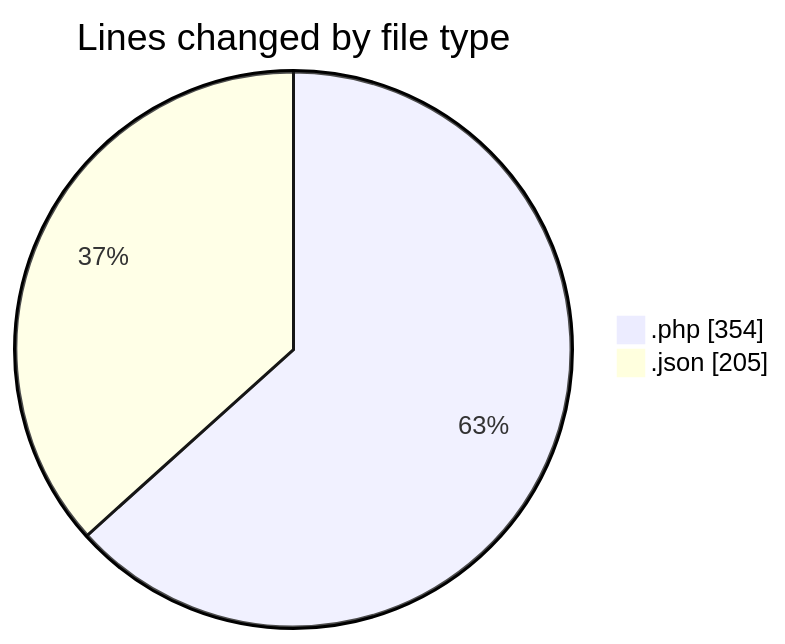
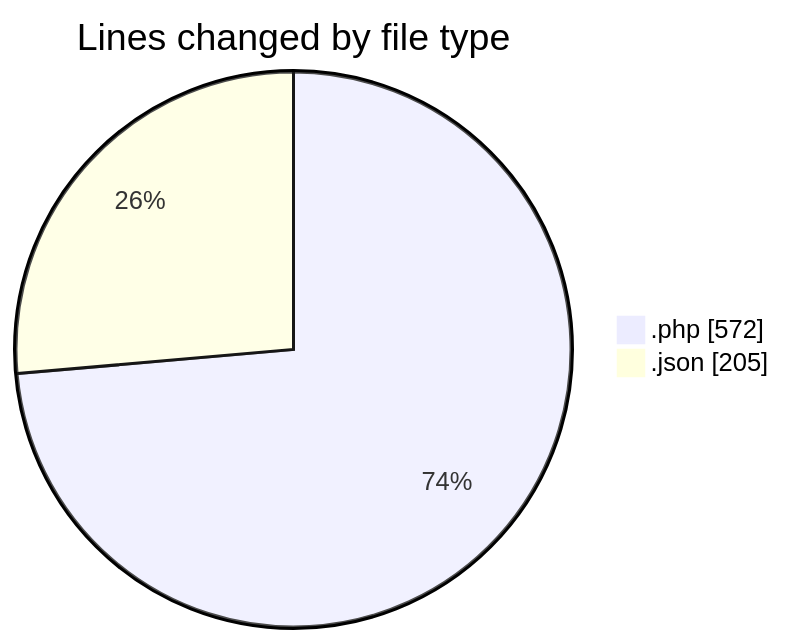
Before and after one commit to idhammustaqopulfikri/code-tracking: the first of 2 diagrams in 2025-04-13/autodidak/README.md, drawn with Mermaid. The commit also changed other lines of this file and 1 other file, not shown here.

````diff
--- a/2025-04-13/autodidak/README.md
+++ b/2025-04-13/autodidak/README.md
@@ -27,6 +29,6 @@
 ```mermaid
 pie showData
 title Lines changed by file type
-".php" : 354
+".php" : 572
 ".json" : 205
 ```
````
